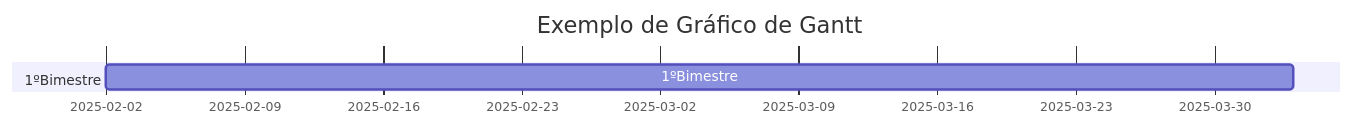
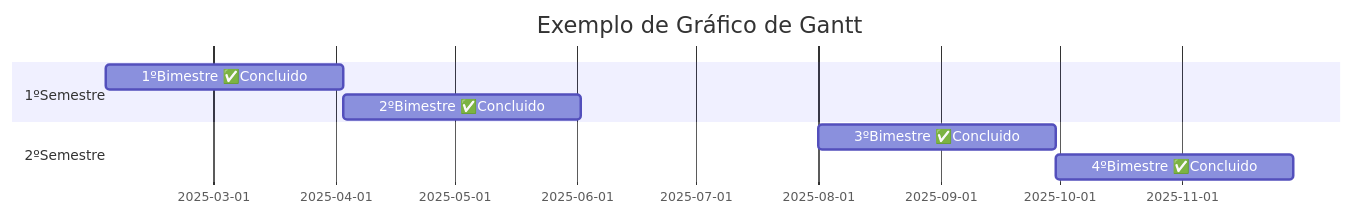
Before and after one commit to Richardo-o/grafico_g: the third of 3 diagrams in README.md, drawn with Mermaid.

````diff
--- a/README.md
+++ b/README.md
@@ -21,9 +21,11 @@
 ```mermaid
 gantt
 title Exemplo de Gráfico de Gantt
 dateFormat YYYY-MM-DD
-section 1ºBimestre
-1ºBimestre :a1, 2025-02-02, 60d
-section 2ºBimestre
-
+section 1ºSemestre
+1ºBimestre ✅Concluido:a1, 2025-02-02, 60d
+2ºBimestre ✅Concluido:a2, after a1, 60d
+section 2ºSemestre
+3ºBimestre ✅Concluido:a3, 2025-08-01, 60d
+4ºBimestre ✅Concluido:a4, after a3, 60d
 ```
````
